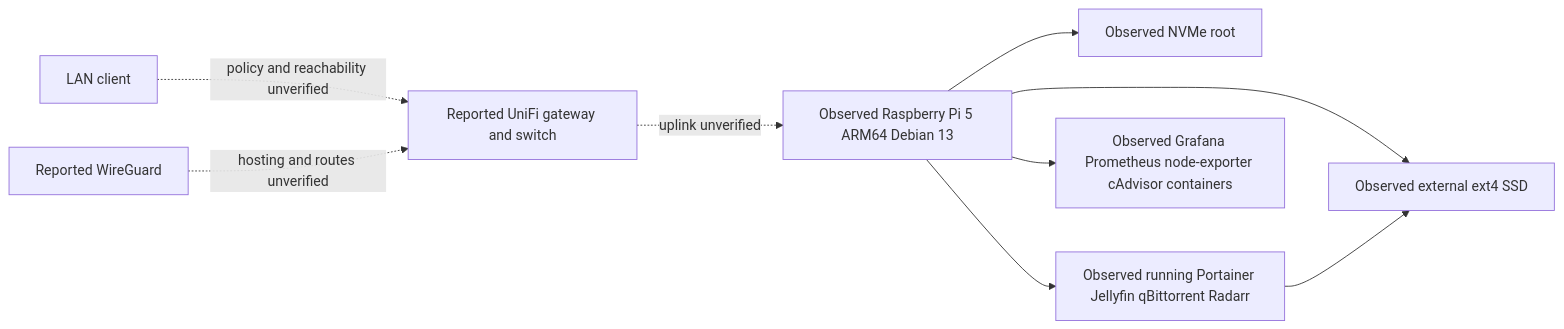
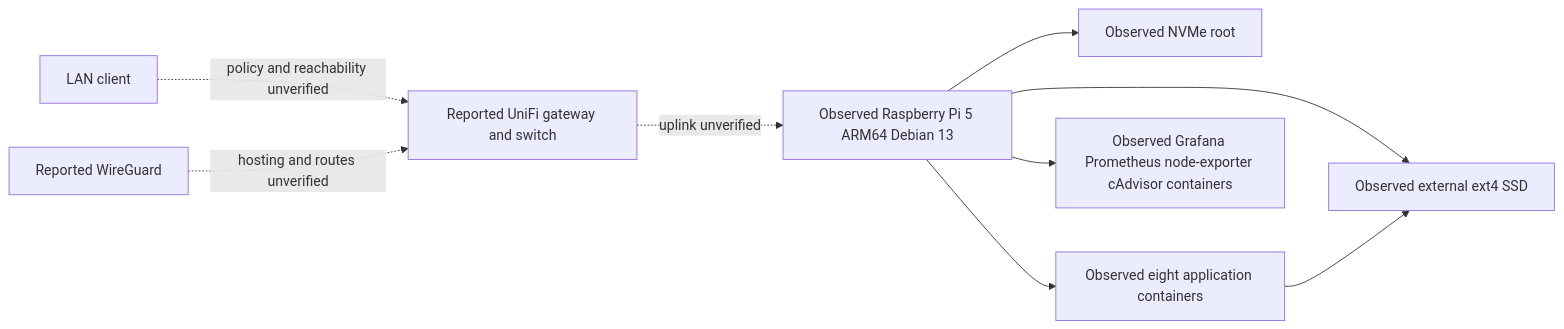
The diagram in networking/README.md (finntucky1/homelab), drawn with Mermaid before and after one commit. The commit also changed other lines of this file and 19 other files, not shown here.

````diff
--- a/networking/README.md
+++ b/networking/README.md
@@ -6,11 +6,11 @@
 ```mermaid
 flowchart LR
   Client[LAN client] -. policy and reachability unverified .-> Gateway[Reported UniFi gateway and switch]
   VPN[Reported WireGuard] -. hosting and routes unverified .-> Gateway
   Gateway -. uplink unverified .-> Pi[Observed Raspberry Pi 5 ARM64 Debian 13]
   Pi --> NVMe[Observed NVMe root]
   Pi --> SSD[Observed external ext4 SSD]
-  Pi --> Apps[Observed running Portainer Jellyfin qBittorrent Radarr]
+  Pi --> Apps[Observed eight application containers]
   Apps --> SSD
   Pi --> Metrics[Observed Grafana Prometheus node-exporter cAdvisor containers]
 ```
````
